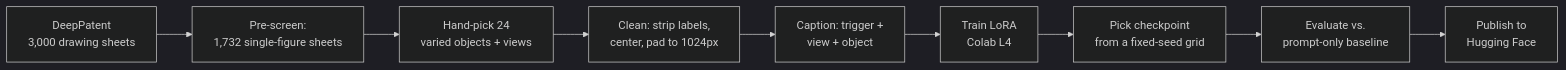
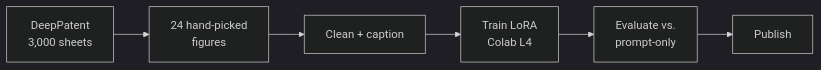
The diagram in README.md (sisodiajatin/patent-style-lora), drawn with Mermaid (dark theme) before and after one commit. The commit also changed other lines of this file, not shown here.

````diff
--- a/README.md
+++ b/README.md
@@ -23,11 +18,8 @@
 ```mermaid
 flowchart LR
-    A[DeepPatent<br/>3,000 drawing sheets] --> B[Pre-screen:<br/>1,732 single-figure sheets]
-    B --> C[Hand-pick 24<br/>varied objects + views]
-    C --> D[Clean: strip labels,<br/>center, pad to 1024px]
-    D --> E[Caption: trigger +<br/>view + object]
-    E --> F[Train LoRA<br/>Colab L4]
-    F --> G[Pick checkpoint<br/>from a fixed-seed grid]
-    G --> H[Evaluate vs.<br/>prompt-only baseline]
-    H --> I[Publish to<br/>Hugging Face]
+    A[DeepPatent<br/>3,000 sheets] --> B[24 hand-picked<br/>figures]
+    B --> C[Clean + caption]
+    C --> D[Train LoRA<br/>Colab L4]
+    D --> E[Evaluate vs.<br/>prompt-only]
+    E --> F[Publish]
 ```
````
